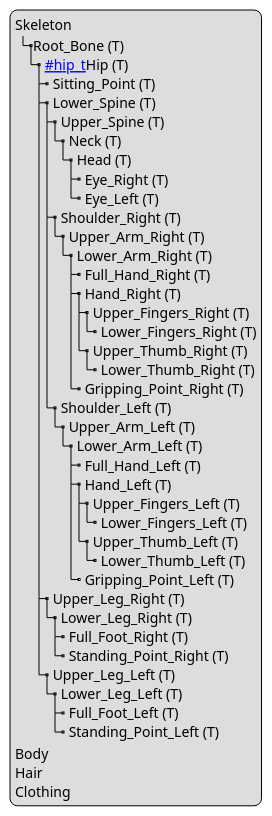
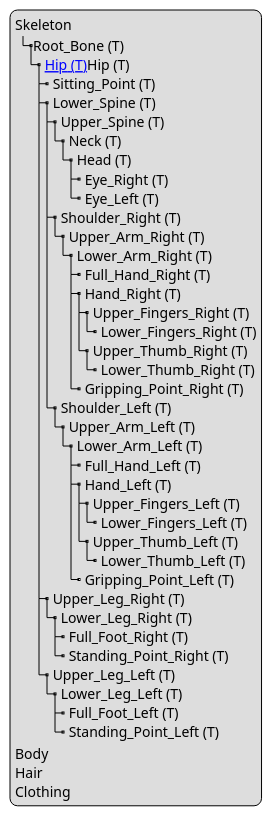
Before and after one commit to martinfiebig/OpenMATERIAL: the diagram in content/geometry/object-human/human-model-structure.adoc, drawn with PlantUML.

Commit message:
no message

```diff
--- a/content/geometry/object-human/human-model-structure.adoc
+++ b/content/geometry/object-human/human-model-structure.adoc
@@ -5,46 +5,46 @@
 [plantuml]
 ----
 legend
 Skeleton
 |_Root_Bone (T)
-  |_ [[#hip_t]]Hip (T)
+  |_ [[human-model-structure.html#_hip_t Hip (T)]]Hip (T)
     |_ Sitting_Point (T)
     |_ Lower_Spine (T)
       |_ Upper_Spine (T)
         |_ Neck (T)
           |_ Head (T)
             |_ Eye_Right (T)
             |_ Eye_Left (T)
       |_ Shoulder_Right (T)
         |_ Upper_Arm_Right (T)
           |_ Lower_Arm_Right (T)
             |_ Full_Hand_Right (T)
             |_ Hand_Right (T)
               |_ Upper_Fingers_Right (T)
                 |_ Lower_Fingers_Right (T)
               |_ Upper_Thumb_Right (T)
                 |_ Lower_Thumb_Right (T)
             |_ Gripping_Point_Right (T)
       |_ Shoulder_Left (T)
         |_ Upper_Arm_Left (T)
           |_ Lower_Arm_Left (T)
             |_ Full_Hand_Left (T)
             |_ Hand_Left (T)
               |_ Upper_Fingers_Left (T)
                 |_ Lower_Fingers_Left (T)
               |_ Upper_Thumb_Left (T)
                 |_ Lower_Thumb_Left (T)
             |_ Gripping_Point_Left (T)
     |_ Upper_Leg_Right (T)
       |_ Lower_Leg_Right (T)
         |_ Full_Foot_Right (T)
         |_ Standing_Point_Right (T)
     |_ Upper_Leg_Left (T)
       |_ Lower_Leg_Left (T)
         |_ Full_Foot_Left (T)
         |_ Standing_Point_Left (T)
 Body
 Hair
 Clothing
 end legend
 ----
```
